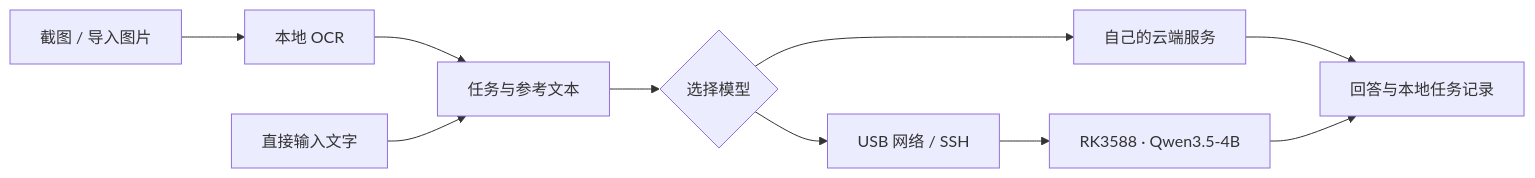
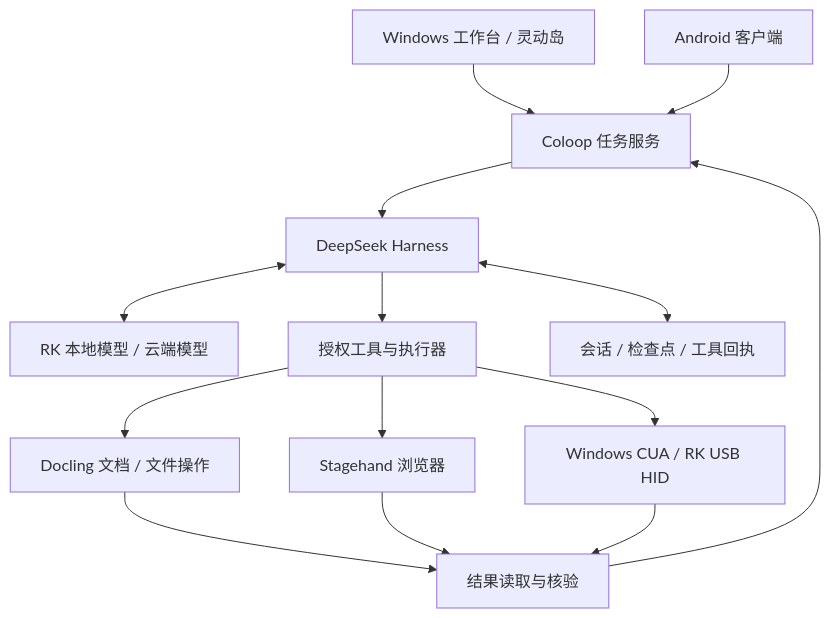
Before and after one commit to Coolenz/Coloop: the diagram in README.md, drawn with Mermaid. The commit also changed other lines of this file and 4 other files, not shown here.

````diff
--- a/README.md
+++ b/README.md
@@ -48,12 +115,16 @@
 ```mermaid
-flowchart LR
-    A[截图 / 导入图片] --> B[本地 OCR]
-    B --> C[任务与参考文本]
-    U[直接输入文字] --> C
-    C --> D{选择模型}
-    D --> E[自己的云端服务]
-    D --> F[USB 网络 / SSH]
-    F --> G[RK3588 · Qwen3.5-4B]
-    E --> H[回答与本地任务记录]
-    G --> H
+flowchart TB
+    Desktop[Windows 工作台 / 灵动岛] --> Host[Coloop 任务服务]
+    Phone[Android 客户端] --> Host
+    Host --> DSH[DeepSeek Harness]
+    DSH <--> Models[RK 本地模型 / 云端模型]
+    DSH --> Tools[授权工具与执行器]
+    Tools --> Docs[Docling 文档 / 文件操作]
+    Tools --> Web[Stagehand 浏览器]
+    Tools --> Computer[Windows CUA / RK USB HID]
+    Docs --> Verify[结果读取与核验]
+    Web --> Verify
+    Computer --> Verify
+    Verify --> Host
+    DSH <--> State[会话 / 检查点 / 工具回执]
 ```
````
